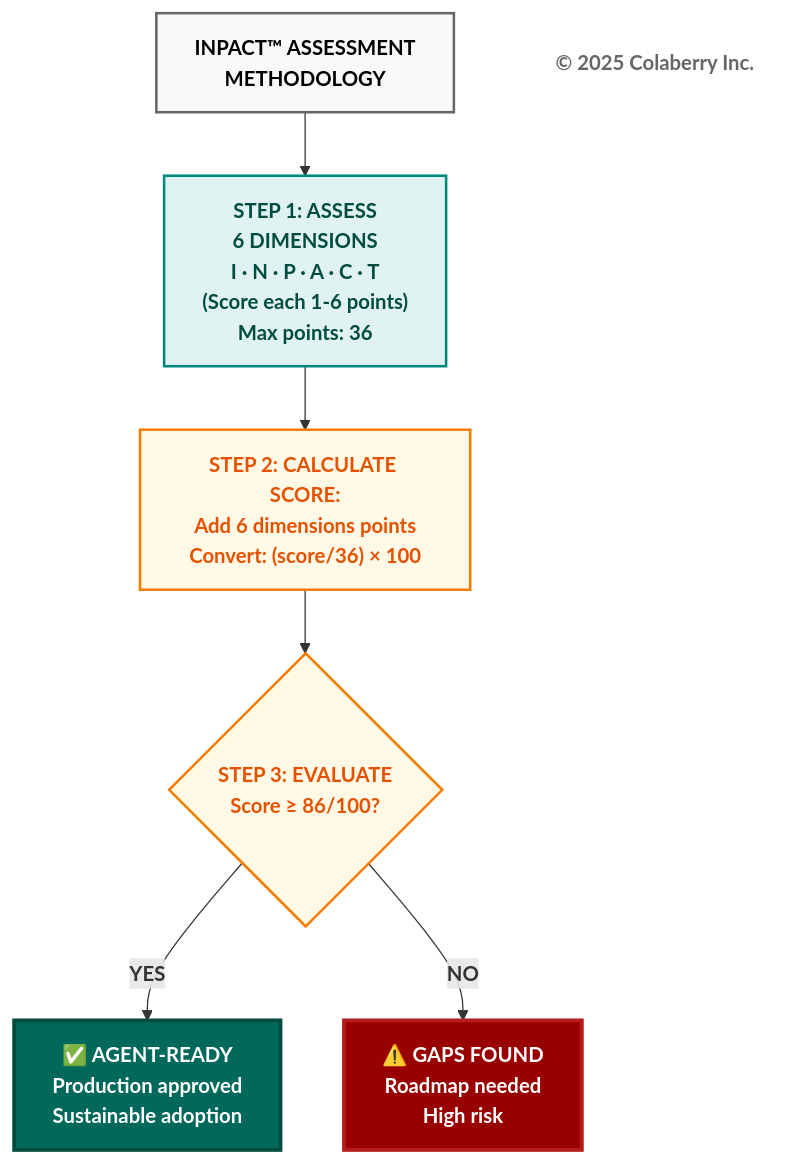
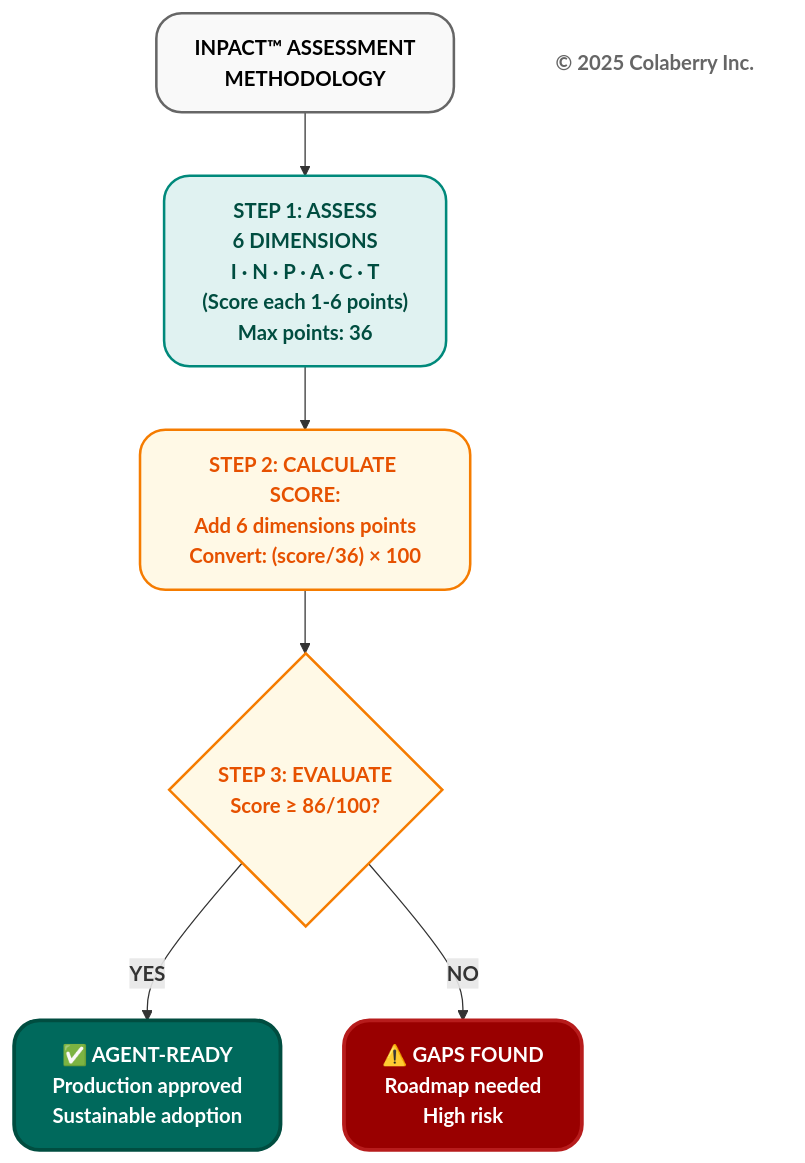
The fifth of 12 diagrams in manuscript/03_chapter_2_inpact_framework.md (saitejesh-cyber/trust-before-intelligence-book), drawn with Mermaid before and after one commit. The commit also changed other lines of this file, not shown here.

````diff
--- a/manuscript/03_chapter_2_inpact_framework.md
+++ b/manuscript/03_chapter_2_inpact_framework.md
@@ -291,28 +291,28 @@
 ```mermaid
 graph TB
     TITLE["<b>INPACT™ ASSESSMENT<br/> METHODOLOGY</b>"]
     
     ASSESS["<b>STEP 1: ASSESS<br/> 6 DIMENSIONS</b><br/><b>I · N · P · A · C · T</b><br/><b>(Score each 1-6 points)</br>Max points: 36</b>"]
     
     CALC["<b>STEP 2: CALCULATE SCORE:</b><br/><b>Add 6 dimensions points</b><br/><b>Convert: (score/36) × 100</b>"]
     
     DECISION{"<b>STEP 3: EVALUATE</b><br/><b>Score ≥ 86/100?</b>"}
     
     READY["<b>✅ AGENT-READY</b><br/><b>Production approved</b><br/><b>Sustainable adoption</b>"]
     
     GAPS["<b>⚠️ GAPS FOUND</b><br/><b>Roadmap needed</b><br/><b>High risk</b>"]
     
     COPYRIGHT["<b>© 2025 Colaberry Inc.</b>"]
     
     TITLE --> ASSESS --> CALC --> DECISION
     DECISION -->|<b>YES</b>| READY
     DECISION -->|<b>NO</b>| GAPS
     
-    style TITLE fill:#f9f9f9,stroke:#666666,stroke-width:2px,color:#000000
-    style ASSESS fill:#e0f2f1,stroke:#00897b,stroke-width:2px,color:#004d40
-    style CALC fill:#fff9e6,stroke:#f57c00,stroke-width:2px,color:#e65100
-    style DECISION fill:#fff9e6,stroke:#f57c00,stroke-width:2px,color:#e65100
-    style READY fill:#00695c,color:#ffffff,stroke:#004d40,stroke-width:3px
-    style GAPS fill:#990000,color:#ffffff,stroke:#b71c1c,stroke-width:3px
+    style TITLE fill:#f9f9f9,stroke:#666666,stroke-width:2px,color:#000000,rx:2O,ry:20
+    style ASSESS fill:#e0f2f1,stroke:#00897b,stroke-width:2px,color:#004d40,rx:2O,ry:20
+    style CALC fill:#fff9e6,stroke:#f57c00,stroke-width:2px,color:#e65100,rx:2O,ry:20
+    style DECISION fill:#fff9e6,stroke:#f57c00,stroke-width:2px,color:#e65100,rx:2O,ry:20
+    style READY fill:#00695c,color:#ffffff,stroke:#004d40,stroke-width:3px,rx:2O,ry:20
+    style GAPS fill:#990000,color:#ffffff,stroke:#b71c1c,stroke-width:3px,rx:2O,ry:20
     style COPYRIGHT fill:#ffffff,stroke:none,color:#666666
 ```
````
